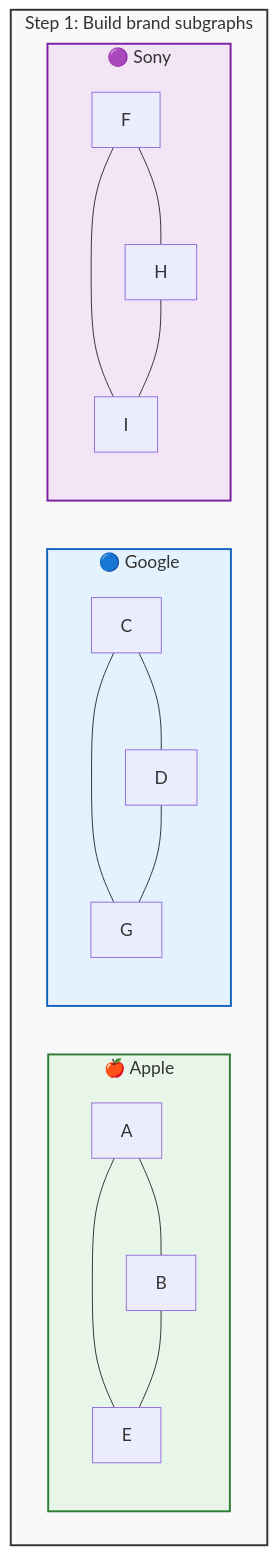
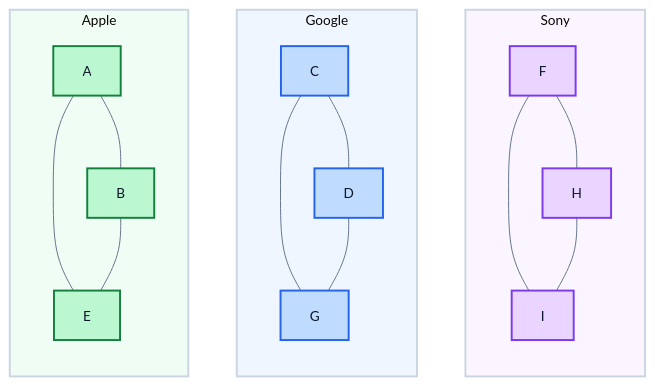
One commit to chsafouane/chsafouane.github.io changed the diagram in posts/Why WHERE clauses can break your vector search/assets/brand-subgraphs.mmd. Above: the diagram before and after it, drawn with Mermaid. The commit also changed 28 other files, not shown here.

Commit message:
Fix the mermaid graphs

```diff
--- a/posts/Why WHERE clauses can break your vector search/assets/brand-subgraphs.mmd
+++ b/posts/Why WHERE clauses can break your vector search/assets/brand-subgraphs.mmd
@@ -1,28 +1,45 @@
-%%{init: {'theme': 'default', 'themeVariables': { 'fontSize': '18px', 'nodeTextColor': '#333' }}}%%
-flowchart TB
-    subgraph step1["Step 1: Build brand subgraphs"]
-        direction LR
-        subgraph apple["🍎 Apple"]
-            direction TB
-            LA["A"] --- LB["B"]
-            LA --- LE["E"]
-            LB --- LE
-        end
-        subgraph google["🔵 Google"]
-            direction TB
-            LC["C"] --- LD["D"]
-            LC --- LG["G"]
-            LD --- LG
-        end
-        subgraph sony["🟣 Sony"]
-            direction TB
-            LF["F"] --- LH["H"]
-            LF --- LI["I"]
-            LH --- LI
-        end
+%%{init: {
+    'theme': 'base',
+    'themeVariables': {
+        'fontFamily': 'Helvetica Neue,Helvetica,Arial,sans-serif',
+        'fontSize': '14px',
+        'lineColor': '#64748b',
+        'textColor': '#0f172a'
+    },
+    'flowchart': { 'curve': 'basis' }
+}}%%
+flowchart LR
+    subgraph apple["Apple"]
+        direction TB
+        A["A"] --- B["B"]
+        A --- E["E"]
+        B --- E
     end
-    
-    style step1 fill:#f9f9f9,stroke:#333,stroke-width:2px
-    style apple fill:#e8f5e9,stroke:#2e7d32,stroke-width:2px
-    style google fill:#e3f2fd,stroke:#1565c0,stroke-width:2px
-    style sony fill:#f3e5f5,stroke:#7b1fa2,stroke-width:2px
+
+    subgraph google["Google"]
+        direction TB
+        C["C"] --- D["D"]
+        C --- G["G"]
+        D --- G
+    end
+
+    subgraph sony["Sony"]
+        direction TB
+        F["F"] --- H["H"]
+        F --- I["I"]
+        H --- I
+    end
+
+    apple ~~~ google ~~~ sony
+
+    classDef appleNode fill:#bbf7d0,stroke:#15803d,stroke-width:2px,color:#0f172a
+    classDef googleNode fill:#bfdbfe,stroke:#2563eb,stroke-width:2px,color:#0f172a
+    classDef sonyNode fill:#e9d5ff,stroke:#7c3aed,stroke-width:2px,color:#0f172a
+
+    class A,B,E appleNode
+    class C,D,G googleNode
+    class F,H,I sonyNode
+
+    style apple fill:#f0fdf4,stroke:#cbd5e1,stroke-width:2px
+    style google fill:#eff6ff,stroke:#cbd5e1,stroke-width:2px
+    style sony fill:#faf5ff,stroke:#cbd5e1,stroke-width:2px
```
